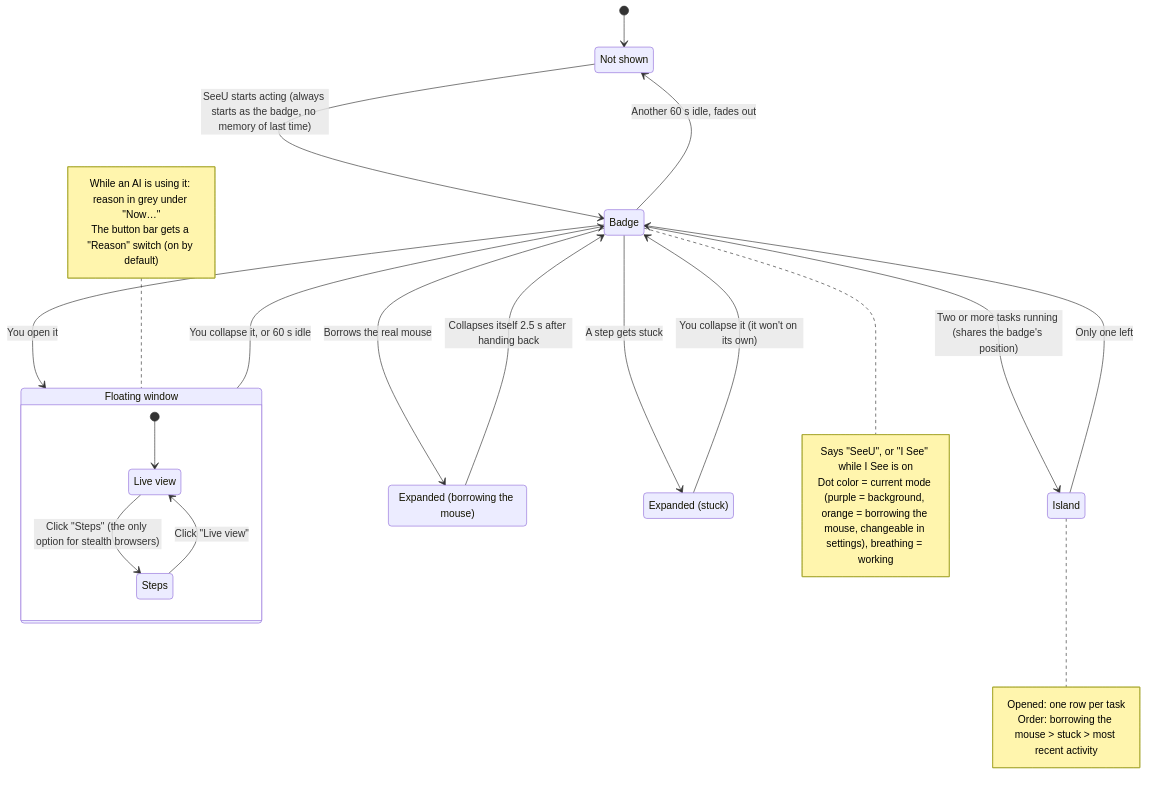
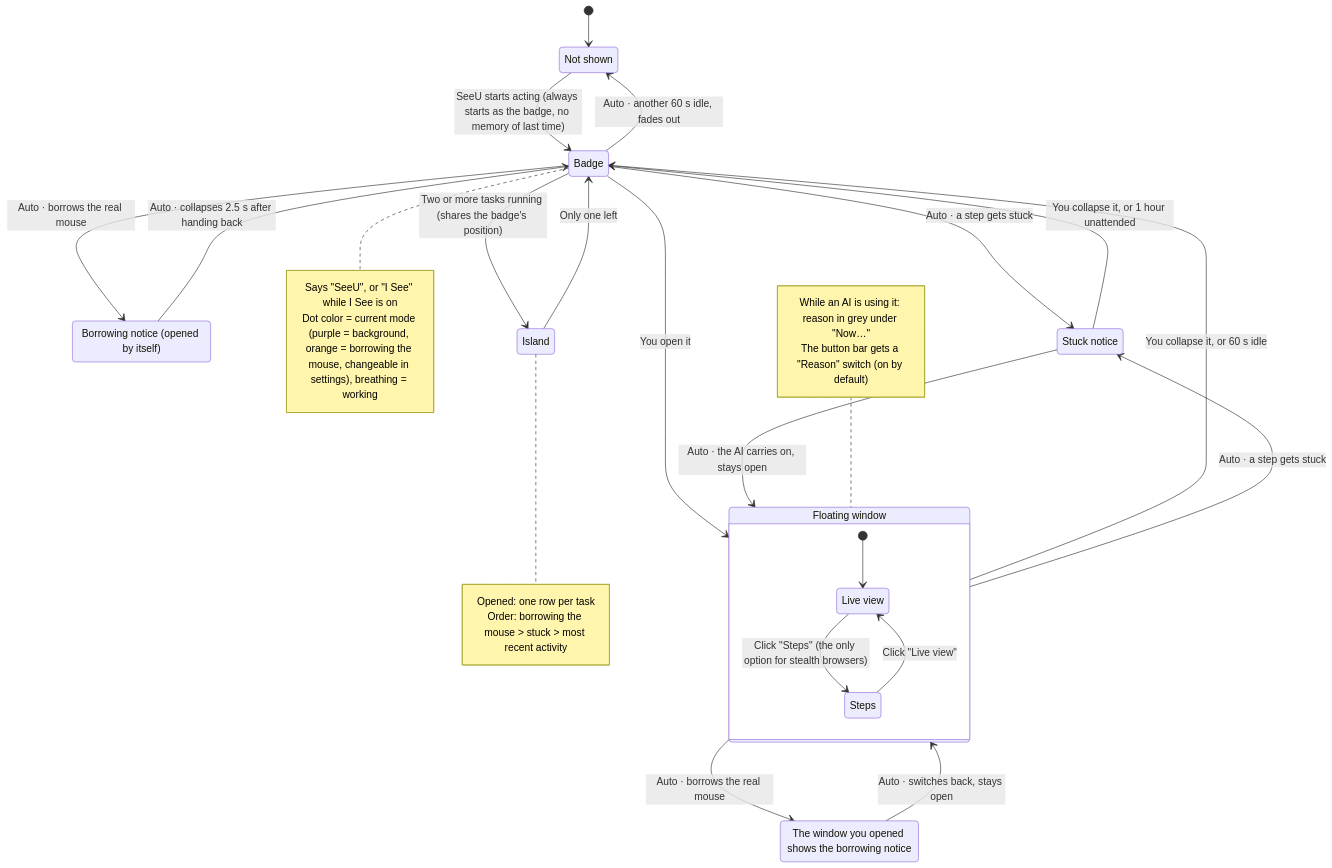
Before and after one commit to Mr-Bingoo/seeu-computeruse: diagram 14 of 16 in docs/SeeU-diagrams.md, drawn with Mermaid. The commit also changed other lines of this file and 67 other files, not shown here.

````diff
--- a/docs/SeeU-diagrams.md
+++ b/docs/SeeU-diagrams.md
@@ -647,39 +648,44 @@
 ```mermaid
 stateDiagram-v2
   None: Not shown
   Badge: Badge
   Win: Floating window
-  Borrow: Expanded (borrowing the mouse)
-  Stuck: Expanded (stuck)
+  Borrow: Borrowing notice (opened by itself)
+  WinBorrow: The window you opened shows the borrowing notice
+  Stuck: Stuck notice
   Island: Island
   [*] --> None
   None --> Badge: SeeU starts acting (always starts as the badge, no memory of last time)
   Badge --> Win: You open it
   Win --> Badge: You collapse it, or 60 s idle
-  Badge --> None: Another 60 s idle, fades out
-  Badge --> Borrow: Borrows the real mouse
-  Borrow --> Badge: Collapses itself 2.5 s after handing back
-  Badge --> Stuck: A step gets stuck
-  Stuck --> Badge: You collapse it (it won't on its own)
+  Badge --> None: Auto · another 60 s idle, fades out
+  Badge --> Borrow: Auto · borrows the real mouse
+  Borrow --> Badge: Auto · collapses 2.5 s after handing back
+  Win --> WinBorrow: Auto · borrows the real mouse
+  WinBorrow --> Win: Auto · switches back, stays open
+  Badge --> Stuck: Auto · a step gets stuck
+  Win --> Stuck: Auto · a step gets stuck
+  Stuck --> Win: Auto · the AI carries on, stays open
+  Stuck --> Badge: You collapse it, or 1 hour unattended
   state Win {
     Live: Live view
     Steps: Steps
     [*] --> Live
     Live --> Steps: Click "Steps" (the only option for stealth browsers)
     Steps --> Live: Click "Live view"
   }
   Badge --> Island: Two or more tasks running (shares the badge's position)
   Island --> Badge: Only one left
   note right of Badge
     Says "SeeU", or "I See" while I See is on
     Dot color = current mode (purple = background, orange = borrowing the mouse, changeable in settings), breathing = working
   end note
   note left of Win
     While an AI is using it: reason in grey under "Now…"
     The button bar gets a "Reason" switch (on by default)
   end note
   note right of Island
     Opened: one row per task
     Order: borrowing the mouse > stuck > most recent activity
   end note
 ```
````
